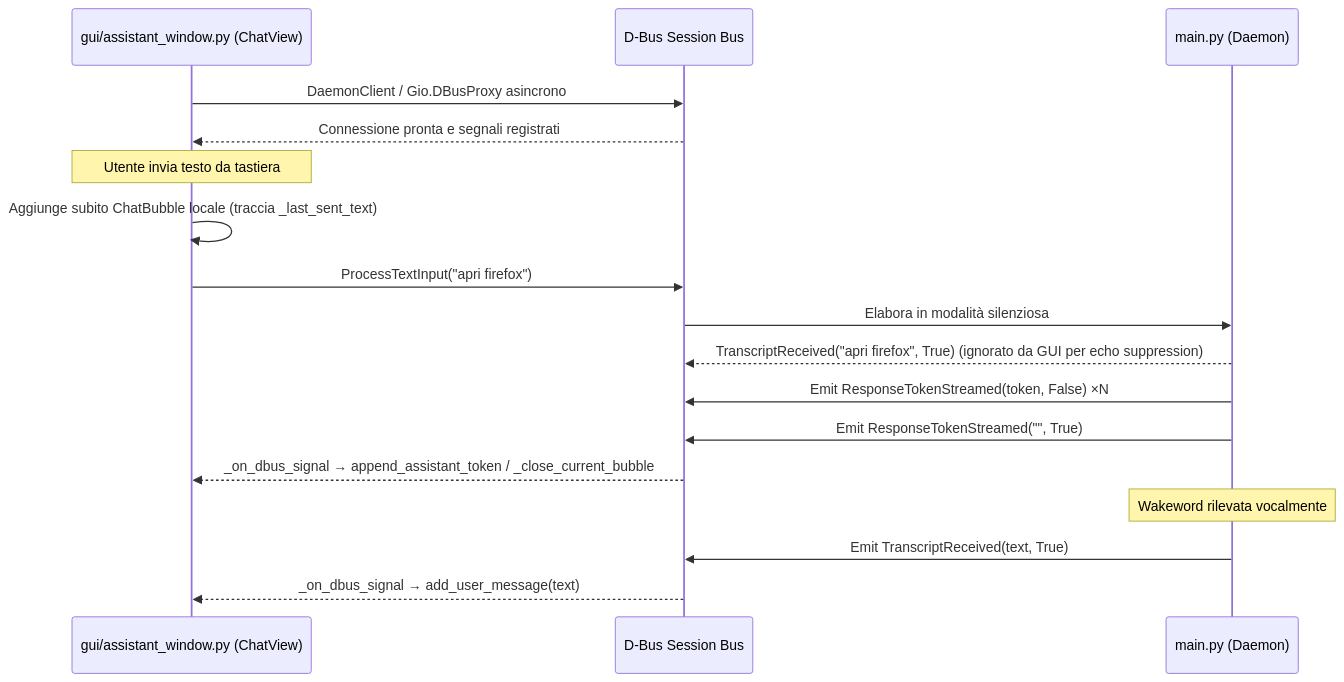
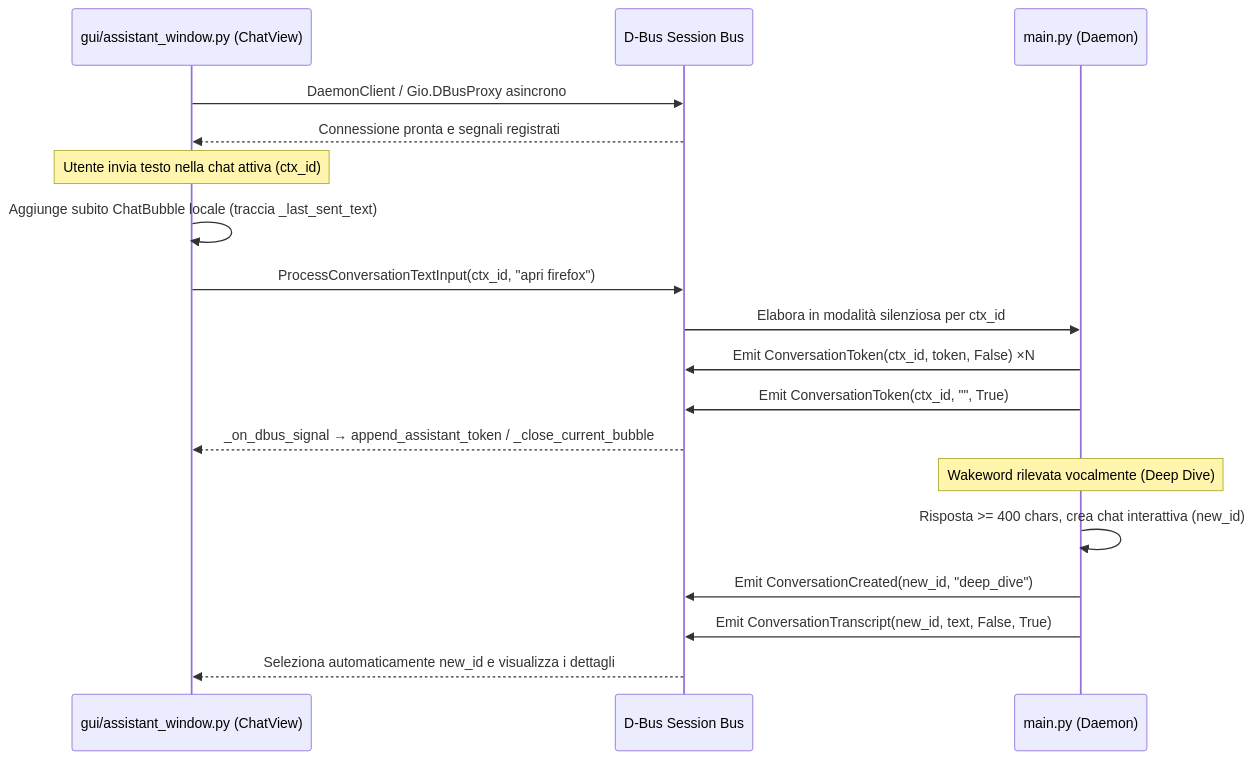
One commit to Scroker/voice-assistant changed the third of 4 diagrams in docs/architecture.md. Above: the diagram before and after it, drawn with Mermaid. The commit also changed other lines of this file and 94 other files, not shown here.

First line of the commit message:
feat: add speaker identification and multi-chat conversation contexts

````diff
--- a/docs/architecture.md
+++ b/docs/architecture.md
@@ -208,22 +227,23 @@
 ```mermaid
 sequenceDiagram
     participant GUI as gui/assistant_window.py (ChatView)
     participant Bus as D-Bus Session Bus
     participant Daemon as main.py (Daemon)
 
     GUI->>Bus: DaemonClient / Gio.DBusProxy asincrono
     Bus-->>GUI: Connessione pronta e segnali registrati
 
-    Note over GUI: Utente invia testo da tastiera
+    Note over GUI: Utente invia testo nella chat attiva (ctx_id)
     GUI->>GUI: Aggiunge subito ChatBubble locale (traccia _last_sent_text)
-    GUI->>Bus: ProcessTextInput("apri firefox")
-    Bus->>Daemon: Elabora in modalità silenziosa
-    Daemon-->>Bus: TranscriptReceived("apri firefox", True) (ignorato da GUI per echo suppression)
-    Daemon->>Bus: Emit ResponseTokenStreamed(token, False) ×N
-    Daemon->>Bus: Emit ResponseTokenStreamed("", True)
+    GUI->>Bus: ProcessConversationTextInput(ctx_id, "apri firefox")
+    Bus->>Daemon: Elabora in modalità silenziosa per ctx_id
+    Daemon->>Bus: Emit ConversationToken(ctx_id, token, False) ×N
+    Daemon->>Bus: Emit ConversationToken(ctx_id, "", True)
     Bus-->>GUI: _on_dbus_signal → append_assistant_token / _close_current_bubble
 
-    Note over Daemon: Wakeword rilevata vocalmente
-    Daemon->>Bus: Emit TranscriptReceived(text, True)
-    Bus-->>GUI: _on_dbus_signal → add_user_message(text)
+    Note over Daemon: Wakeword rilevata vocalmente (Deep Dive)
+    Daemon->>Daemon: Risposta >= 400 chars, crea chat interattiva (new_id)
+    Daemon->>Bus: Emit ConversationCreated(new_id, "deep_dive")
+    Daemon->>Bus: Emit ConversationTranscript(new_id, text, False, True)
+    Bus-->>GUI: Seleziona automaticamente new_id e visualizza i dettagli
 ```
````
